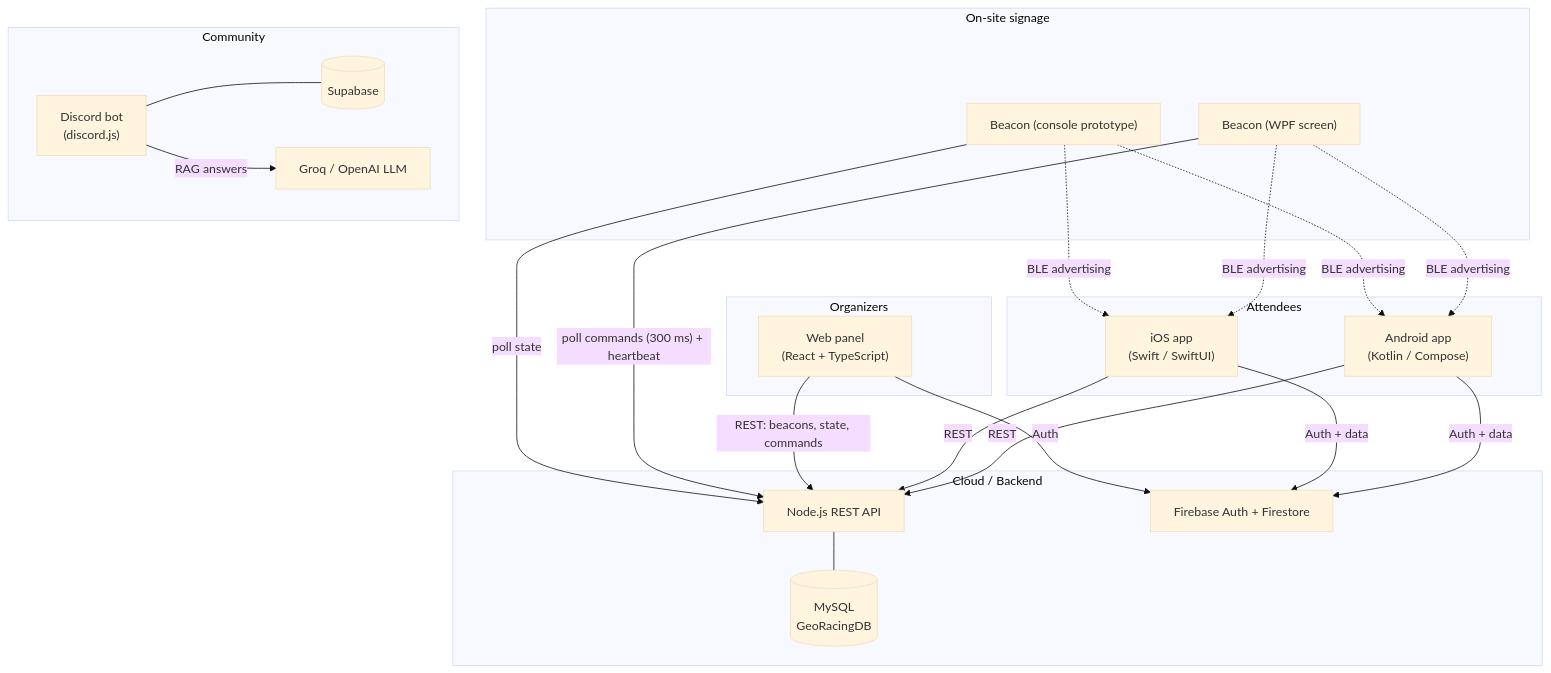
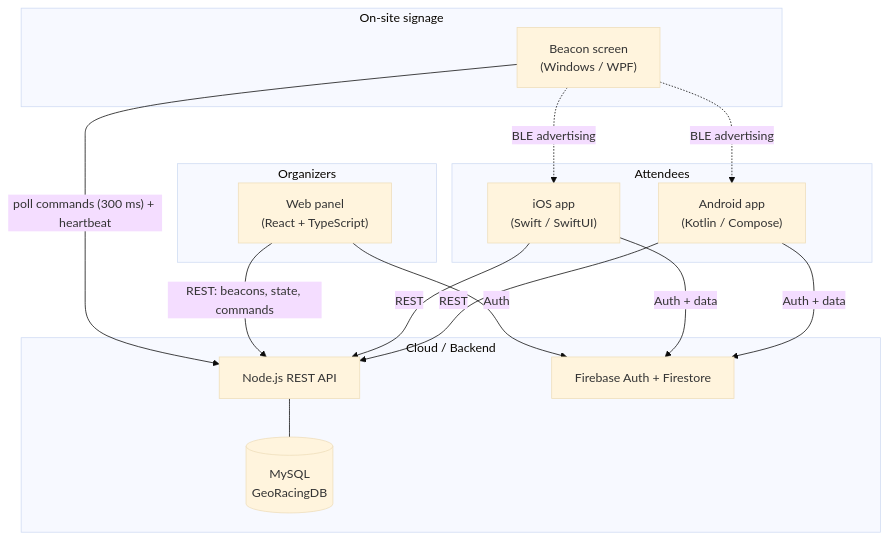
Before and after one commit to Elgeryy1/georacing: the diagram in README.md, drawn with Mermaid (base theme). The commit also changed other lines of this file and 786 other files, not shown here.

First line of the commit message:
Restructure for publication: android/ios/web/api/windows, drop extras, remove names

````diff
--- a/README.md
+++ b/README.md
@@ -37,44 +37,32 @@
 ```mermaid
 graph TB
     subgraph Attendees
         AND["Android app<br/>(Kotlin / Compose)"]
         IOS["iOS app<br/>(Swift / SwiftUI)"]
     end
 
     subgraph Circuit["On-site signage"]
-        BN["Beacon (WPF screen)"]
-        BG["Beacon (console prototype)"]
+        BN["Beacon screen<br/>(Windows / WPF)"]
     end
 
     subgraph Cloud["Cloud / Backend"]
         API["Node.js REST API"]
         DB[("MySQL<br/>GeoRacingDB")]
         FB["Firebase Auth + Firestore"]
     end
 
     subgraph Organizers
         WEB["Web panel<br/>(React + TypeScript)"]
     end
 
-    subgraph Community
-        BOT["Discord bot<br/>(discord.js)"]
-        SUPA[("Supabase")]
-        GROQ["Groq / OpenAI LLM"]
-    end
-
     AND -->|REST| API
     IOS -->|REST| API
     AND -->|Auth + data| FB
     IOS -->|Auth + data| FB
     WEB -->|Auth| FB
     WEB -->|REST: beacons, state, commands| API
     API --- DB
     BN -->|"poll commands (300 ms) + heartbeat"| API
-    BG -->|poll state| API
     BN -.->|BLE advertising| AND
     BN -.->|BLE advertising| IOS
-    BG -.->|BLE advertising| AND
-    BG -.->|BLE advertising| IOS
-    BOT --- SUPA
-    BOT -->|RAG answers| GROQ
 ```
````
